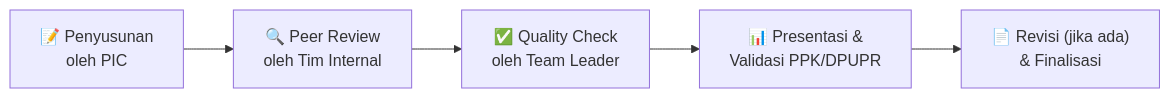
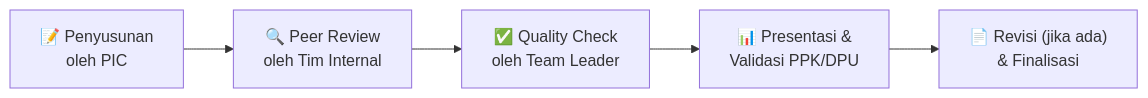
Before and after one commit to singgihhamdani/PrototypeBogor: the tenth of 10 diagrams in docs/METODOLOGI_PERENCANAAN_SISTEM.md, drawn with Mermaid. The commit also changed other lines of this file and 25 other files, not shown here.

Commit message:
refactor(nomenclature): standardize agency name from DPUPR to DPU across codebase and docs

````diff
--- a/docs/METODOLOGI_PERENCANAAN_SISTEM.md
+++ b/docs/METODOLOGI_PERENCANAAN_SISTEM.md
@@ -827,7 +827,7 @@
 ```mermaid
 graph LR
     A["📝 Penyusunan<br/>oleh PIC"] --> B["🔍 Peer Review<br/>oleh Tim Internal"]
     B --> C["✅ Quality Check<br/>oleh Team Leader"]
-    C --> D["📊 Presentasi &<br/>Validasi PPK/DPUPR"]
+    C --> D["📊 Presentasi &<br/>Validasi PPK/DPU"]
     D --> E["📄 Revisi (jika ada)<br/>& Finalisasi"]
 ```
````
